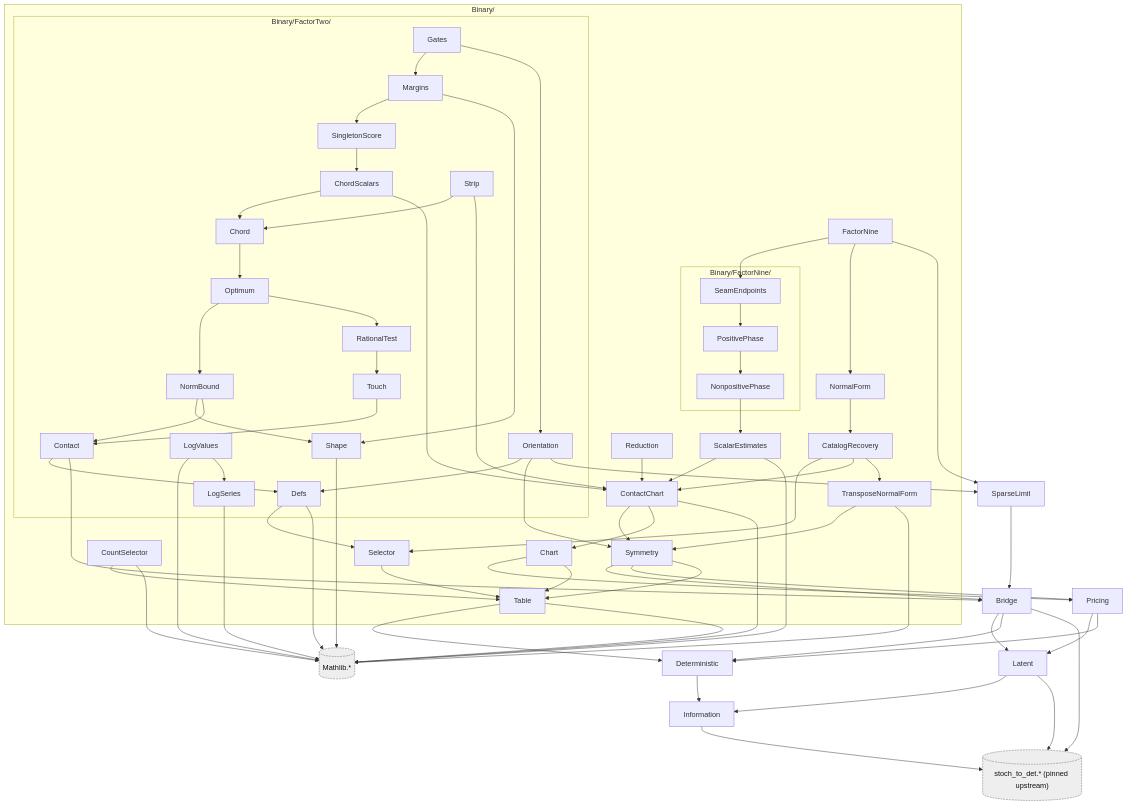
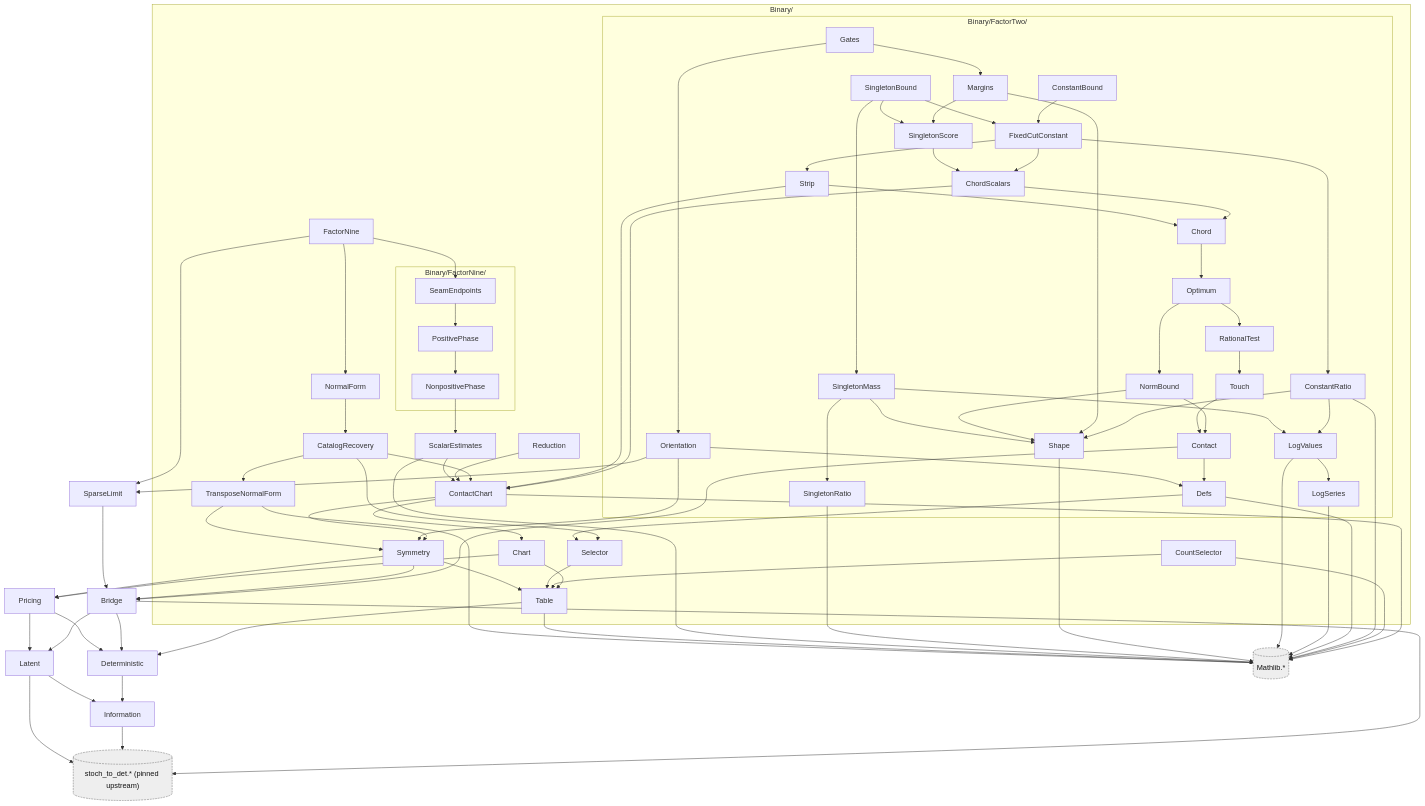
Before and after one commit to AlexisOlson/stochastic-to-deterministic-latents: the diagram in docs/lean-contracts.md, drawn with Mermaid. The commit also changed other lines of this file and 16 other files, not shown here.

First line of the commit message:
Bound both margins at the fixed cut

```diff
--- a/docs/lean-contracts.md
+++ b/docs/lean-contracts.md
@@ -555,8 +575,11 @@
     subgraph FACTORTWO["Binary/FactorTwo/"]
       Binary_FactorTwo_Chord["Chord"]
       Binary_FactorTwo_ChordScalars["ChordScalars"]
+      Binary_FactorTwo_ConstantBound["ConstantBound"]
+      Binary_FactorTwo_ConstantRatio["ConstantRatio"]
       Binary_FactorTwo_Contact["Contact"]
       Binary_FactorTwo_Defs["Defs"]
+      Binary_FactorTwo_FixedCutConstant["FixedCutConstant"]
       Binary_FactorTwo_Gates["Gates"]
       Binary_FactorTwo_LogSeries["LogSeries"]
       Binary_FactorTwo_LogValues["LogValues"]
@@ -566,6 +589,9 @@
       Binary_FactorTwo_Orientation["Orientation"]
       Binary_FactorTwo_RationalTest["RationalTest"]
       Binary_FactorTwo_Shape["Shape"]
+      Binary_FactorTwo_SingletonBound["SingletonBound"]
+      Binary_FactorTwo_SingletonMass["SingletonMass"]
+      Binary_FactorTwo_SingletonRatio["SingletonRatio"]
       Binary_FactorTwo_SingletonScore["SingletonScore"]
       Binary_FactorTwo_Strip["Strip"]
       Binary_FactorTwo_Touch["Touch"]
@@ -592,10 +618,17 @@
   Binary_FactorTwo_Chord --> Binary_FactorTwo_Optimum
   Binary_FactorTwo_ChordScalars --> Binary_FactorTwo_Chord
   Binary_FactorTwo_ChordScalars --> Binary_ContactChart
+  Binary_FactorTwo_ConstantBound --> Binary_FactorTwo_FixedCutConstant
+  Binary_FactorTwo_ConstantRatio --> MATHLIB
+  Binary_FactorTwo_ConstantRatio --> Binary_FactorTwo_Shape
+  Binary_FactorTwo_ConstantRatio --> Binary_FactorTwo_LogValues
   Binary_FactorTwo_Contact --> Binary_FactorTwo_Defs
   Binary_FactorTwo_Contact --> Bridge
   Binary_FactorTwo_Defs --> Binary_Selector
   Binary_FactorTwo_Defs --> MATHLIB
+  Binary_FactorTwo_FixedCutConstant --> Binary_FactorTwo_Strip
+  Binary_FactorTwo_FixedCutConstant --> Binary_FactorTwo_ChordScalars
+  Binary_FactorTwo_FixedCutConstant --> Binary_FactorTwo_ConstantRatio
   Binary_FactorTwo_Gates --> Binary_FactorTwo_Margins
   Binary_FactorTwo_Gates --> Binary_FactorTwo_Orientation
   Binary_FactorTwo_LogSeries --> MATHLIB
@@ -612,6 +645,13 @@
   Binary_FactorTwo_Orientation --> SparseLimit
   Binary_FactorTwo_RationalTest --> Binary_FactorTwo_Touch
   Binary_FactorTwo_Shape --> MATHLIB
+  Binary_FactorTwo_SingletonBound --> Binary_FactorTwo_FixedCutConstant
+  Binary_FactorTwo_SingletonBound --> Binary_FactorTwo_SingletonMass
+  Binary_FactorTwo_SingletonBound --> Binary_FactorTwo_SingletonScore
+  Binary_FactorTwo_SingletonMass --> Binary_FactorTwo_Shape
+  Binary_FactorTwo_SingletonMass --> Binary_FactorTwo_LogValues
+  Binary_FactorTwo_SingletonMass --> Binary_FactorTwo_SingletonRatio
+  Binary_FactorTwo_SingletonRatio --> MATHLIB
   Binary_FactorTwo_SingletonScore --> Binary_FactorTwo_ChordScalars
   Binary_FactorTwo_Strip --> Binary_FactorTwo_Chord
   Binary_FactorTwo_Strip --> Binary_ContactChart
```
